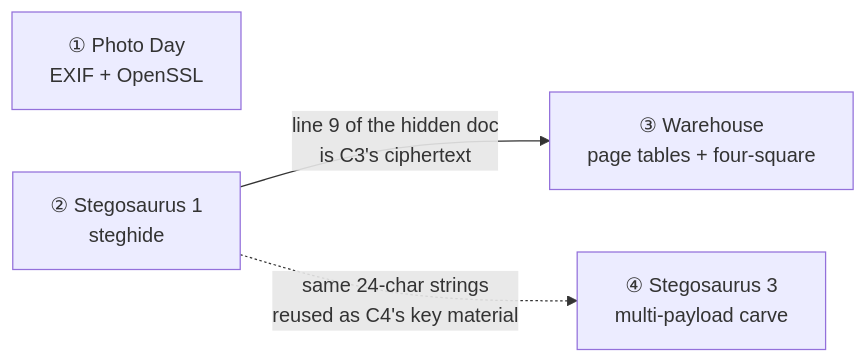
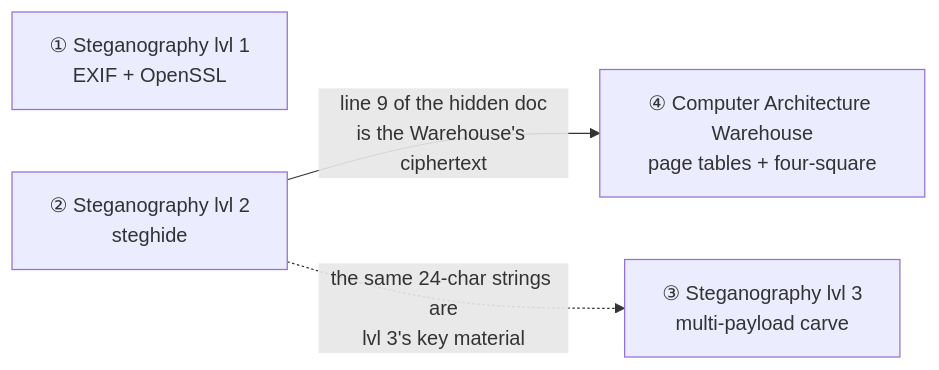
One commit to jdtherobot/steganography-ctf changed the diagram in WRITEUP.md. Above: the diagram before and after it, drawn with Mermaid. The commit also changed other lines of this file and 146 other files, not shown here.

````diff
--- a/WRITEUP.md
+++ b/WRITEUP.md
@@ -54,9 +19,9 @@
 ```mermaid
 flowchart LR
-  C1["① Photo Day<br/>EXIF + OpenSSL"]
-  C2["② Stegosaurus 1<br/>steghide"]
-  C3["③ Warehouse<br/>page tables + four-square"]
-  C4["④ Stegosaurus 3<br/>multi-payload carve"]
-  C2 -->|"line 9 of the hidden doc<br/>is C3's ciphertext"| C3
-  C2 -.->|"same 24-char strings<br/>reused as C4's key material"| C4
+  C1["① Steganography lvl 1<br/>EXIF + OpenSSL"]
+  C2["② Steganography lvl 2<br/>steghide"]
+  C3["③ Steganography lvl 3<br/>multi-payload carve"]
+  C4["④ Computer Architecture Warehouse<br/>page tables + four-square"]
+  C2 -->|"line 9 of the hidden doc<br/>is the Warehouse's ciphertext"| C4
+  C2 -.->|"the same 24-char strings are<br/>lvl 3's key material"| C3
 ```
````
